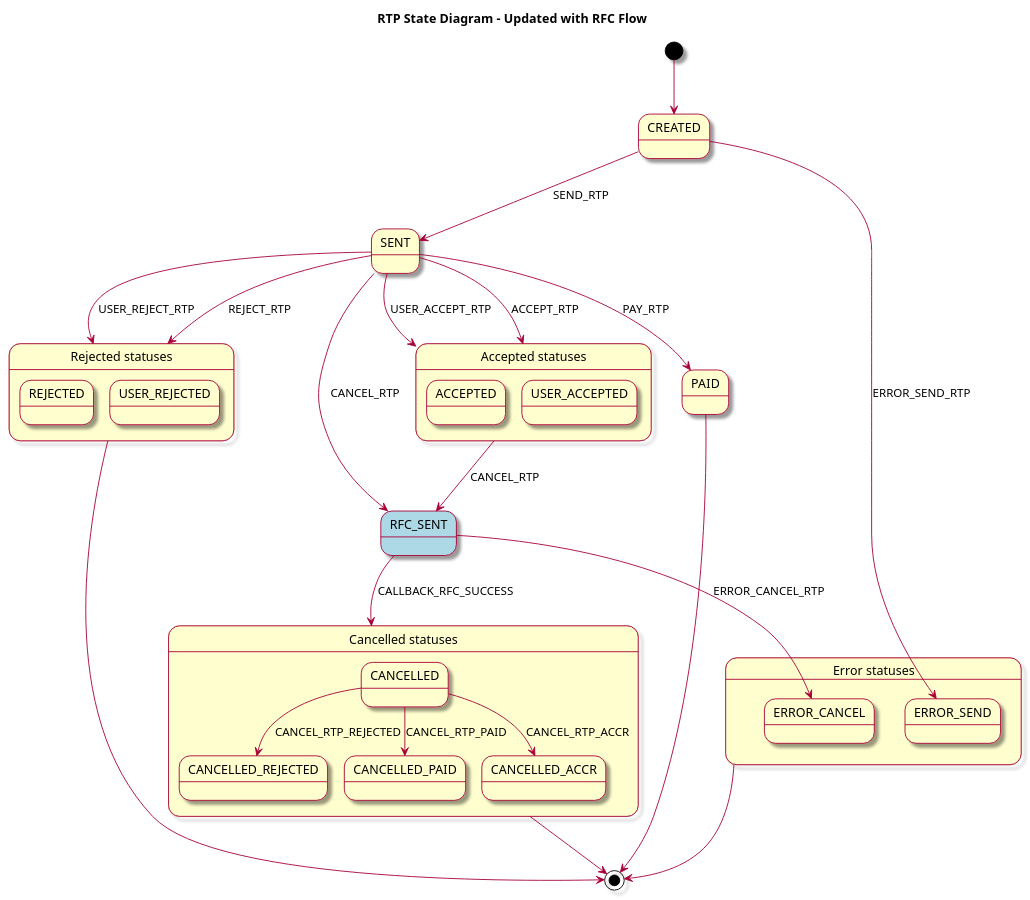
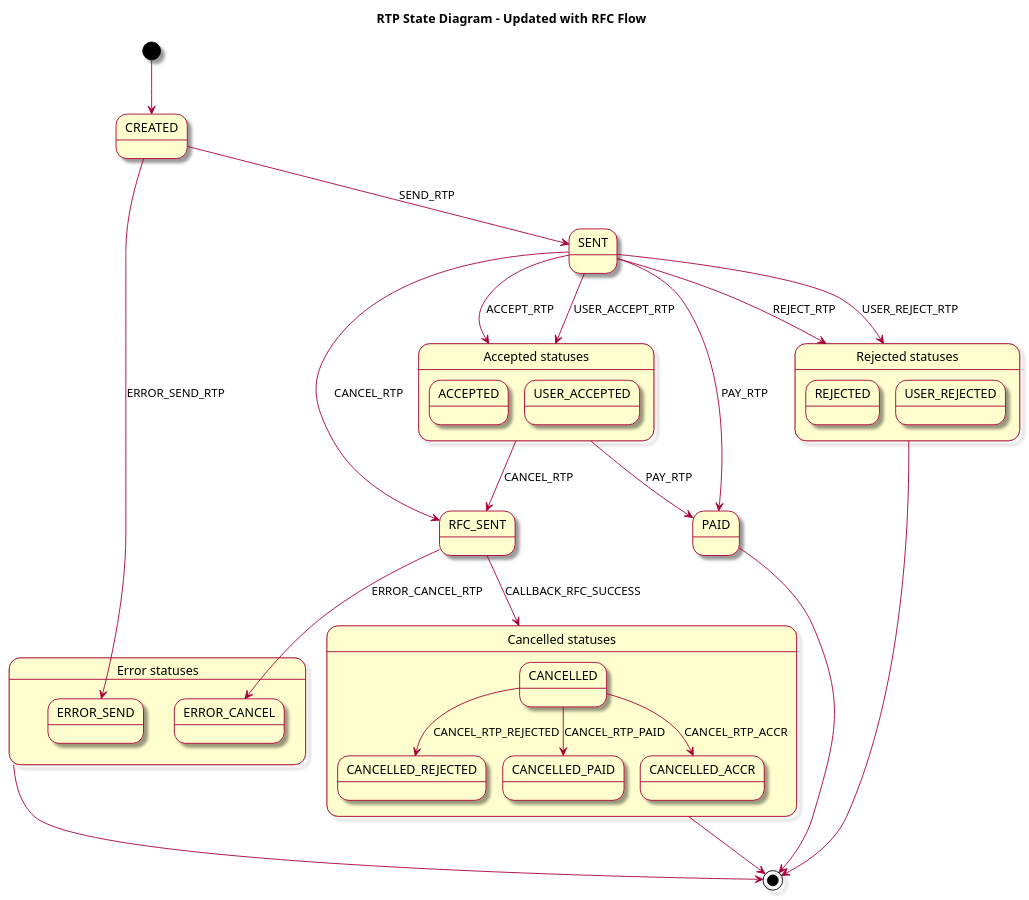
Before and after one commit to pagopa/rtp-docs: the diagram in diagrams/rtp-state-diagram.puml, drawn with PlantUML. The commit also changed 1 other file, not shown here.

Commit message:
[SRTP-1354] Updated RTP Diagrams

```diff
--- a/diagrams/rtp-state-diagram.puml
+++ b/diagrams/rtp-state-diagram.puml
@@ -1,60 +1,61 @@
 @startuml
 skin rose
 title RTP State Diagram - Updated with RFC Flow
 
 state CREATED
 state SENT
-state RFC_SENT #LightBlue
+state RFC_SENT 
 
 state "Error statuses" as ES {
     state ERROR_SEND
     state ERROR_CANCEL
 }
 
 state "Accepted statuses" as AS {
     state ACCEPTED
     state USER_ACCEPTED
 }
 
 state "Rejected statuses" as RS {
     state REJECTED
     state USER_REJECTED
 }
 
 state "Cancelled statuses" as CS {
     state CANCELLED
     state CANCELLED_REJECTED
     state CANCELLED_PAID
     state CANCELLED_ACCR
 }
 
 [*] --> CREATED
 
 CREATED --> SENT : SEND_RTP
 CREATED --> ERROR_SEND : ERROR_SEND_RTP
 
 SENT --> AS : ACCEPT_RTP
 SENT --> RS : REJECT_RTP
 SENT --> AS : USER_ACCEPT_RTP
 SENT --> RS : USER_REJECT_RTP
 SENT --> PAID : PAY_RTP
+AS --> PAID : PAY_RTP
 
 ' Nuovo Flusso RFC
 SENT --> RFC_SENT : CANCEL_RTP
 AS --> RFC_SENT : CANCEL_RTP
 
 ' Gestione esiti da RFC_SENT
 RFC_SENT --> CS : CALLBACK_RFC_SUCCESS
 RFC_SENT --> ERROR_CANCEL : ERROR_CANCEL_RTP
 
 ' Sottostati di cancellazione
 CANCELLED --> CANCELLED_ACCR : CANCEL_RTP_ACCR
 CANCELLED --> CANCELLED_REJECTED : CANCEL_RTP_REJECTED
 CANCELLED --> CANCELLED_PAID : CANCEL_RTP_PAID
 
 PAID --> [*]
 RS --> [*]
 ES --> [*]
 CS --> [*]
 
 @enduml
```
